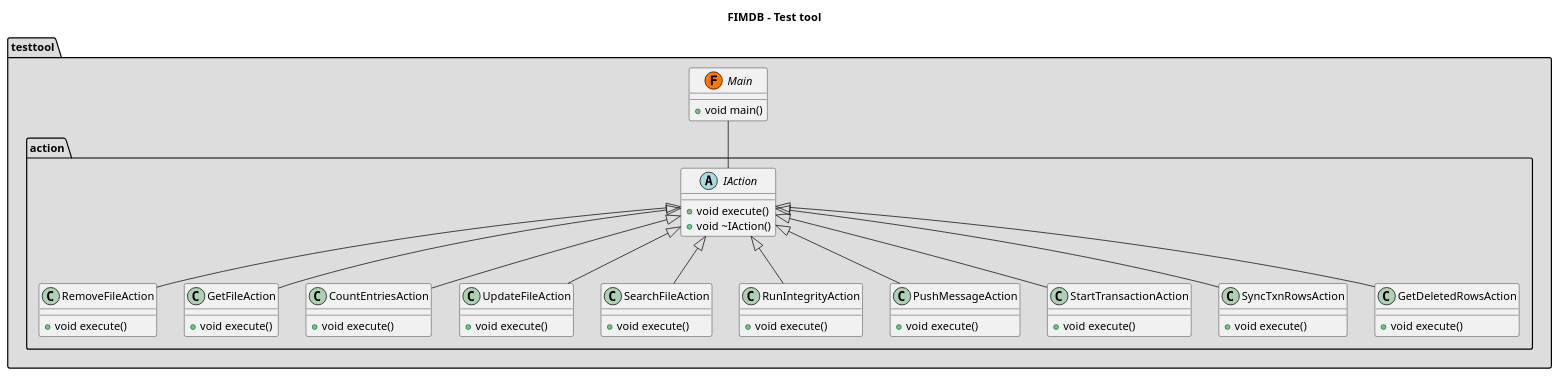
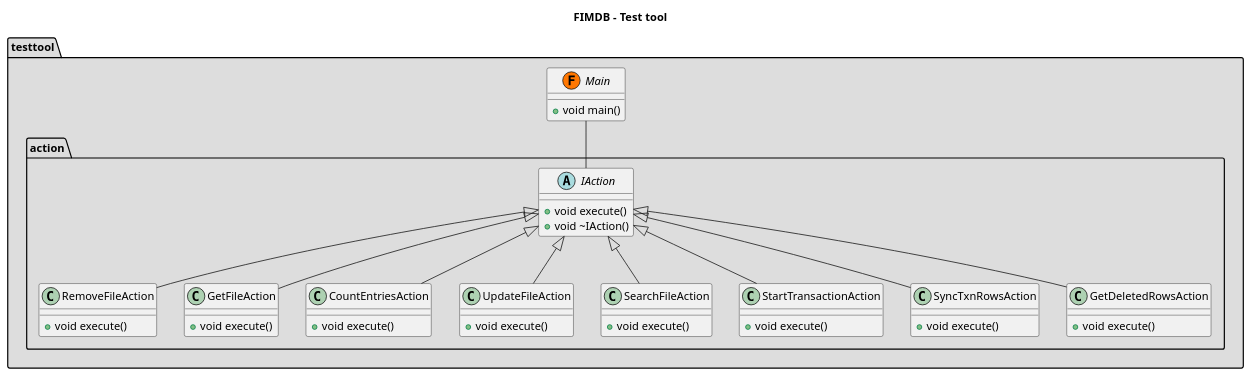
Before and after one commit to wazuh/wazuh: the diagram in architecture/FIM/db/001-class-testtool.puml, drawn with PlantUML. The commit also changed 7 other files, not shown here.

Commit message:
fix: adapt architecture diagrams after FIM changes

```diff
--- a/architecture/FIM/db/001-class-testtool.puml
+++ b/architecture/FIM/db/001-class-testtool.puml
@@ -5,56 +5,48 @@
 @startuml class-testtool
 title FIMDB - Test tool
 package "testtool" <<folder>> #DDDDDD {
     package "action" <<Folder>> {
         abstract IAction {
             + void execute()
             + void ~IAction()
         }
         class "RemoveFileAction" {
             +void execute()
         }
         class "GetFileAction" {
             +void execute()
         }
         class "CountEntriesAction" {
             +void execute()
         }
         class "UpdateFileAction" {
             +void execute()
         }
         class "SearchFileAction" {
             +void execute()
         }
-        class "RunIntegrityAction" {
-            +void execute()
-        }
-        class "PushMessageAction" {
-            +void execute()
-        }
         class "StartTransactionAction" {
             +void execute()
         }
         class "SyncTxnRowsAction" {
             +void execute()
         }
         class "GetDeletedRowsAction" {
             +void execute()
         }
     }
     interface "Main" <<(F,#FF7700)>> {
         +void main()
     }
 }
 
 IAction <|-- RemoveFileAction
 IAction <|-- GetFileAction
 IAction <|-- CountEntriesAction
 IAction <|-- UpdateFileAction
 IAction <|-- SearchFileAction
-IAction <|-- RunIntegrityAction
-IAction <|-- PushMessageAction
 IAction <|-- StartTransactionAction
 IAction <|-- SyncTxnRowsAction
 IAction <|-- GetDeletedRowsAction
 Main -- IAction
 @enduml
```
